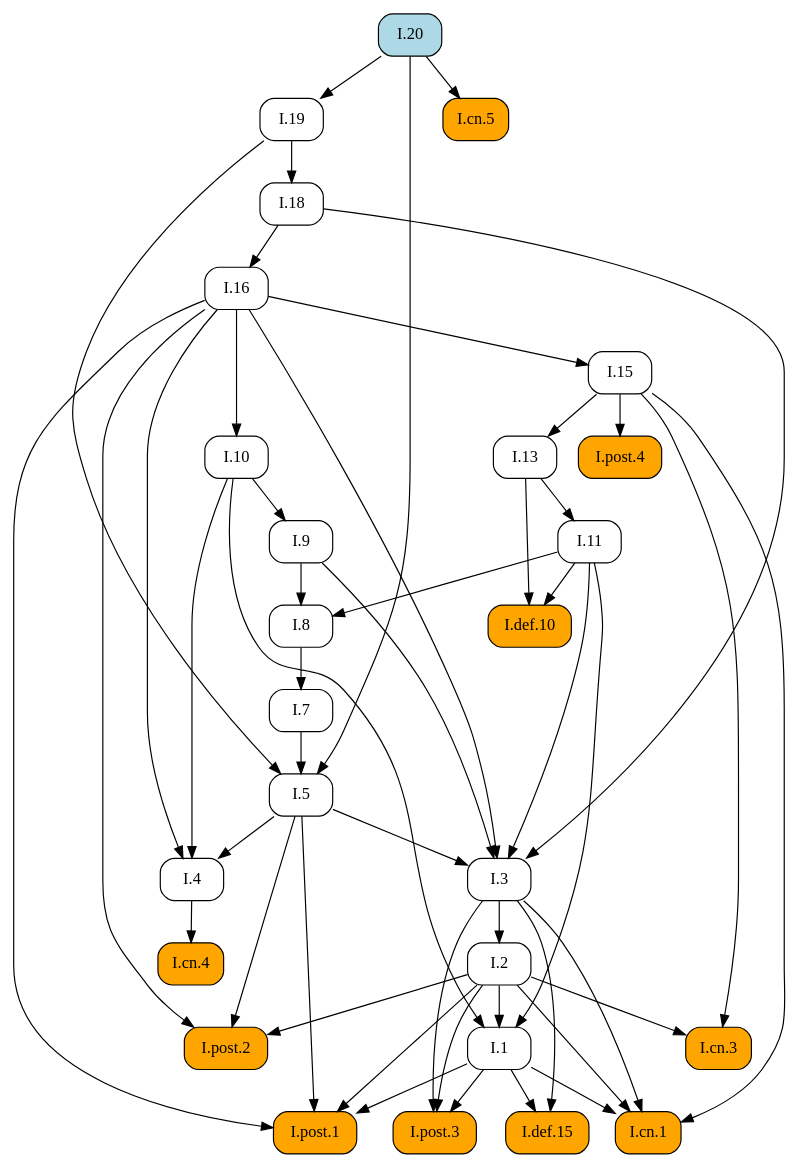
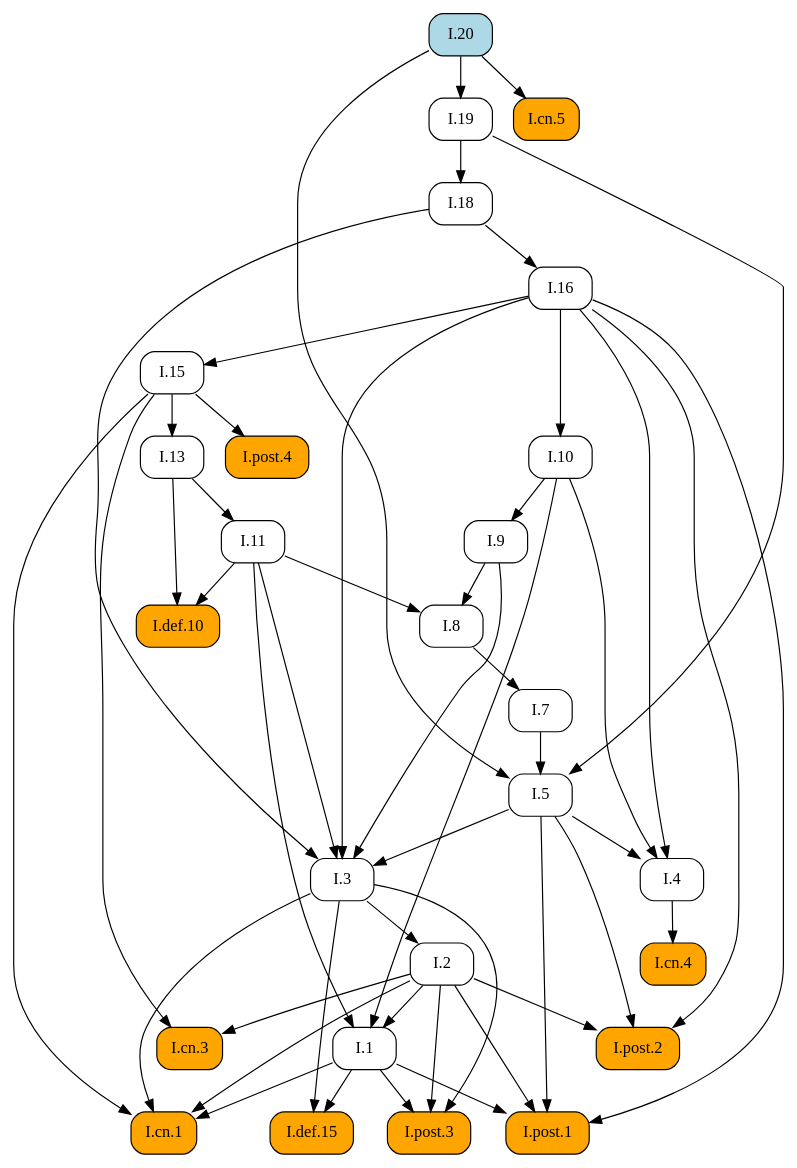
The diagram in docsrc/elements2/I/20/index.rst (geometor/elements), drawn with Graphviz before and after one commit. The commit also changed other lines of this file and 171 other files, not shown here.

```diff
--- a/docsrc/elements2/I/20/index.rst
+++ b/docsrc/elements2/I/20/index.rst
@@ -56,81 +56,81 @@
 .. graphviz::
 
    digraph {
      rankdir="TB";
      node [shape=box, style=rounded];
+     "I.8" [URL="/elements2/I/8/", target="_top"];
+     "I.19" [URL="/elements2/I/19/", target="_top"];
+     "I.1" [URL="/elements2/I/1/", target="_top"];
+     "I.cn.4" [style="rounded,filled", fillcolor=orange, URL="/elements2/I/cn.4/", target="_top"];
+     "I.cn.3" [style="rounded,filled", fillcolor=orange, URL="/elements2/I/cn.3/", target="_top"];
+     "I.7" [URL="/elements2/I/7/", target="_top"];
+     "I.post.1" [style="rounded,filled", fillcolor=orange, URL="/elements2/I/post.1/", target="_top"];
+     "I.9" [URL="/elements2/I/9/", target="_top"];
+     "I.5" [URL="/elements2/I/5/", target="_top"];
+     "I.cn.1" [style="rounded,filled", fillcolor=orange, URL="/elements2/I/cn.1/", target="_top"];
      "I.16" [URL="/elements2/I/16/", target="_top"];
      "I.def.10" [style="rounded,filled", fillcolor=orange, URL="/elements2/I/def.10/", target="_top"];
-     "I.9" [URL="/elements2/I/9/", target="_top"];
      "I.18" [URL="/elements2/I/18/", target="_top"];
+     "I.13" [URL="/elements2/I/13/", target="_top"];
+     "I.post.4" [style="rounded,filled", fillcolor=orange, URL="/elements2/I/post.4/", target="_top"];
      "I.2" [URL="/elements2/I/2/", target="_top"];
-     "I.8" [URL="/elements2/I/8/", target="_top"];
+     "I.def.15" [style="rounded,filled", fillcolor=orange, URL="/elements2/I/def.15/", target="_top"];
+     "I.cn.5" [style="rounded,filled", fillcolor=orange, URL="/elements2/I/cn.5/", target="_top"];
+     "I.4" [URL="/elements2/I/4/", target="_top"];
+     "I.11" [URL="/elements2/I/11/", target="_top"];
+     "I.10" [URL="/elements2/I/10/", target="_top"];
      "I.15" [URL="/elements2/I/15/", target="_top"];
      "I.20" [style="rounded,filled", fillcolor=lightblue, URL="/elements2/I/20/", target="_top"];
-     "I.def.15" [style="rounded,filled", fillcolor=orange, URL="/elements2/I/def.15/", target="_top"];
-     "I.cn.4" [style="rounded,filled", fillcolor=orange, URL="/elements2/I/cn.4/", target="_top"];
+     "I.3" [URL="/elements2/I/3/", target="_top"];
+     "I.post.2" [style="rounded,filled", fillcolor=orange, URL="/elements2/I/post.2/", target="_top"];
      "I.post.3" [style="rounded,filled", fillcolor=orange, URL="/elements2/I/post.3/", target="_top"];
-     "I.1" [URL="/elements2/I/1/", target="_top"];
-     "I.post.2" [style="rounded,filled", fillcolor=orange, URL="/elements2/I/post.2/", target="_top"];
-     "I.13" [URL="/elements2/I/13/", target="_top"];
-     "I.10" [URL="/elements2/I/10/", target="_top"];
-     "I.post.1" [style="rounded,filled", fillcolor=orange, URL="/elements2/I/post.1/", target="_top"];
-     "I.7" [URL="/elements2/I/7/", target="_top"];
-     "I.post.4" [style="rounded,filled", fillcolor=orange, URL="/elements2/I/post.4/", target="_top"];
-     "I.cn.1" [style="rounded,filled", fillcolor=orange, URL="/elements2/I/cn.1/", target="_top"];
-     "I.3" [URL="/elements2/I/3/", target="_top"];
-     "I.cn.3" [style="rounded,filled", fillcolor=orange, URL="/elements2/I/cn.3/", target="_top"];
-     "I.cn.5" [style="rounded,filled", fillcolor=orange, URL="/elements2/I/cn.5/", target="_top"];
-     "I.11" [URL="/elements2/I/11/", target="_top"];
-     "I.19" [URL="/elements2/I/19/", target="_top"];
-     "I.5" [URL="/elements2/I/5/", target="_top"];
-     "I.4" [URL="/elements2/I/4/", target="_top"];
-     "I.18" -> "I.16";
-     "I.11" -> "I.def.10";
-     "I.13" -> "I.def.10";
-     "I.10" -> "I.9";
-     "I.19" -> "I.18";
-     "I.3" -> "I.2";
      "I.9" -> "I.8";
      "I.11" -> "I.8";
-     "I.16" -> "I.15";
-     "I.1" -> "I.def.15";
-     "I.3" -> "I.def.15";
-     "I.4" -> "I.cn.4";
-     "I.1" -> "I.post.3";
-     "I.2" -> "I.post.3";
-     "I.3" -> "I.post.3";
+     "I.20" -> "I.19";
      "I.2" -> "I.1";
      "I.10" -> "I.1";
      "I.11" -> "I.1";
-     "I.2" -> "I.post.2";
-     "I.5" -> "I.post.2";
-     "I.16" -> "I.post.2";
-     "I.15" -> "I.13";
-     "I.16" -> "I.10";
+     "I.4" -> "I.cn.4";
+     "I.2" -> "I.cn.3";
+     "I.15" -> "I.cn.3";
+     "I.8" -> "I.7";
      "I.1" -> "I.post.1";
      "I.2" -> "I.post.1";
      "I.5" -> "I.post.1";
      "I.16" -> "I.post.1";
-     "I.8" -> "I.7";
-     "I.15" -> "I.post.4";
+     "I.10" -> "I.9";
+     "I.7" -> "I.5";
+     "I.19" -> "I.5";
+     "I.20" -> "I.5";
      "I.1" -> "I.cn.1";
      "I.2" -> "I.cn.1";
      "I.3" -> "I.cn.1";
      "I.15" -> "I.cn.1";
+     "I.18" -> "I.16";
+     "I.11" -> "I.def.10";
+     "I.13" -> "I.def.10";
+     "I.19" -> "I.18";
+     "I.15" -> "I.13";
+     "I.15" -> "I.post.4";
+     "I.3" -> "I.2";
+     "I.1" -> "I.def.15";
+     "I.3" -> "I.def.15";
+     "I.20" -> "I.cn.5";
+     "I.5" -> "I.4";
+     "I.10" -> "I.4";
+     "I.16" -> "I.4";
+     "I.13" -> "I.11";
+     "I.16" -> "I.10";
+     "I.16" -> "I.15";
      "I.5" -> "I.3";
      "I.9" -> "I.3";
      "I.11" -> "I.3";
      "I.16" -> "I.3";
      "I.18" -> "I.3";
-     "I.2" -> "I.cn.3";
-     "I.15" -> "I.cn.3";
-     "I.20" -> "I.cn.5";
-     "I.13" -> "I.11";
-     "I.20" -> "I.19";
-     "I.7" -> "I.5";
-     "I.19" -> "I.5";
-     "I.20" -> "I.5";
-     "I.5" -> "I.4";
-     "I.10" -> "I.4";
-     "I.16" -> "I.4";
+     "I.2" -> "I.post.2";
+     "I.5" -> "I.post.2";
+     "I.16" -> "I.post.2";
+     "I.1" -> "I.post.3";
+     "I.2" -> "I.post.3";
+     "I.3" -> "I.post.3";
    }
```
